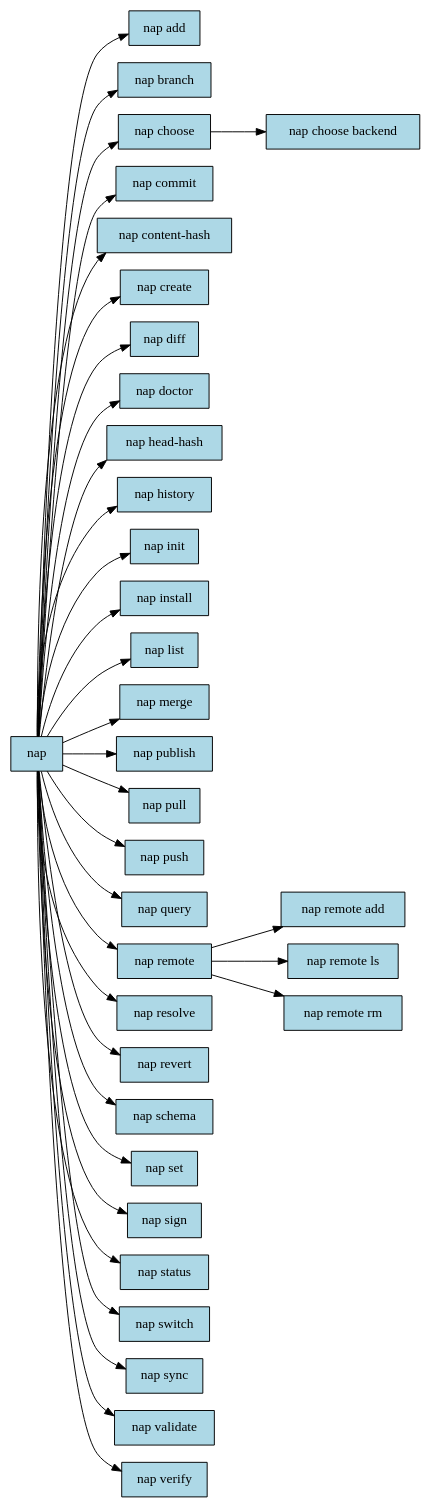
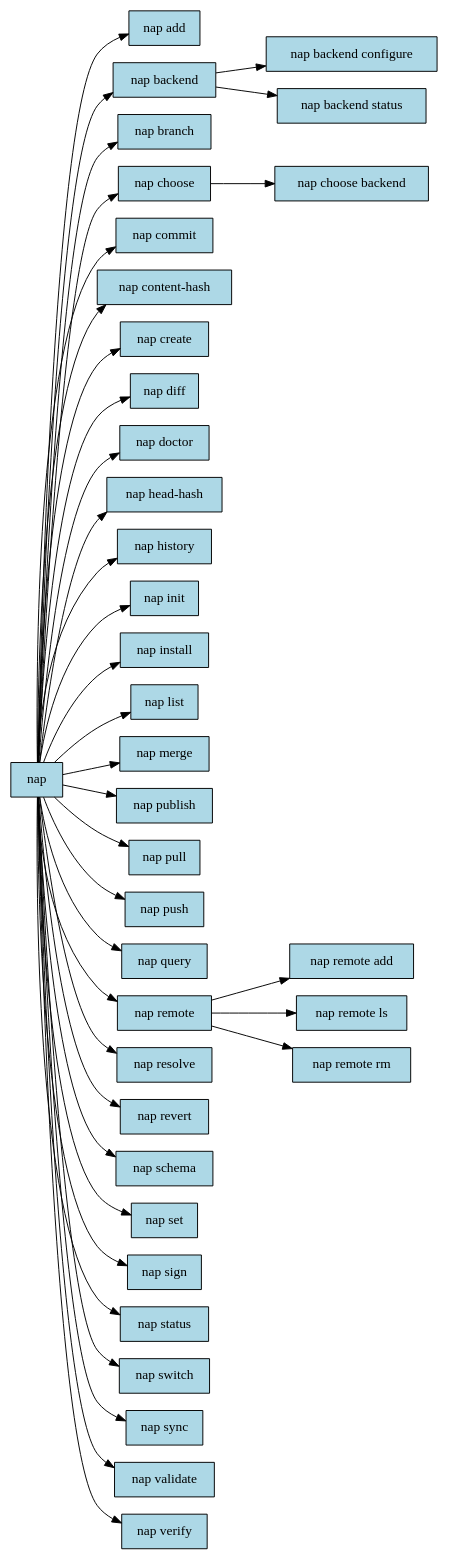
Before and after one commit to portalshq/narrativeengine: the diagram in docs/generated/commands.dot, drawn with Graphviz. The commit also changed 24 other files, not shown here.

Commit message:
Implement optional version-control backend and 'nap backend' configuration

```diff
--- a/docs/generated/commands.dot
+++ b/docs/generated/commands.dot
@@ -1,71 +1,77 @@
 digraph nap_commands {
     rankdir=LR;
     node [shape=box, style=filled, fillcolor=lightblue];
     
     "add" [label="nap add"];
     "nap" -> "add";
+    "backend" [label="nap backend"];
+    "nap" -> "backend";
+    "backend_configure" [label="nap backend configure"];
+    "backend" -> "backend_configure";
+    "backend_status" [label="nap backend status"];
+    "backend" -> "backend_status";
     "branch" [label="nap branch"];
     "nap" -> "branch";
     "choose" [label="nap choose"];
     "nap" -> "choose";
     "choose_backend" [label="nap choose backend"];
     "choose" -> "choose_backend";
     "commit" [label="nap commit"];
     "nap" -> "commit";
     "content-hash" [label="nap content-hash"];
     "nap" -> "content-hash";
     "create" [label="nap create"];
     "nap" -> "create";
     "diff" [label="nap diff"];
     "nap" -> "diff";
     "doctor" [label="nap doctor"];
     "nap" -> "doctor";
     "head-hash" [label="nap head-hash"];
     "nap" -> "head-hash";
     "history" [label="nap history"];
     "nap" -> "history";
     "init" [label="nap init"];
     "nap" -> "init";
     "install" [label="nap install"];
     "nap" -> "install";
     "list" [label="nap list"];
     "nap" -> "list";
     "merge" [label="nap merge"];
     "nap" -> "merge";
     "publish" [label="nap publish"];
     "nap" -> "publish";
     "pull" [label="nap pull"];
     "nap" -> "pull";
     "push" [label="nap push"];
     "nap" -> "push";
     "query" [label="nap query"];
     "nap" -> "query";
     "remote" [label="nap remote"];
     "nap" -> "remote";
     "remote_add" [label="nap remote add"];
     "remote" -> "remote_add";
     "remote_ls" [label="nap remote ls"];
     "remote" -> "remote_ls";
     "remote_rm" [label="nap remote rm"];
     "remote" -> "remote_rm";
     "resolve" [label="nap resolve"];
     "nap" -> "resolve";
     "revert" [label="nap revert"];
     "nap" -> "revert";
     "schema" [label="nap schema"];
     "nap" -> "schema";
     "set" [label="nap set"];
     "nap" -> "set";
     "sign" [label="nap sign"];
     "nap" -> "sign";
     "status" [label="nap status"];
     "nap" -> "status";
     "switch" [label="nap switch"];
     "nap" -> "switch";
     "sync" [label="nap sync"];
     "nap" -> "sync";
     "validate" [label="nap validate"];
     "nap" -> "validate";
     "verify" [label="nap verify"];
     "nap" -> "verify";
 }
```
